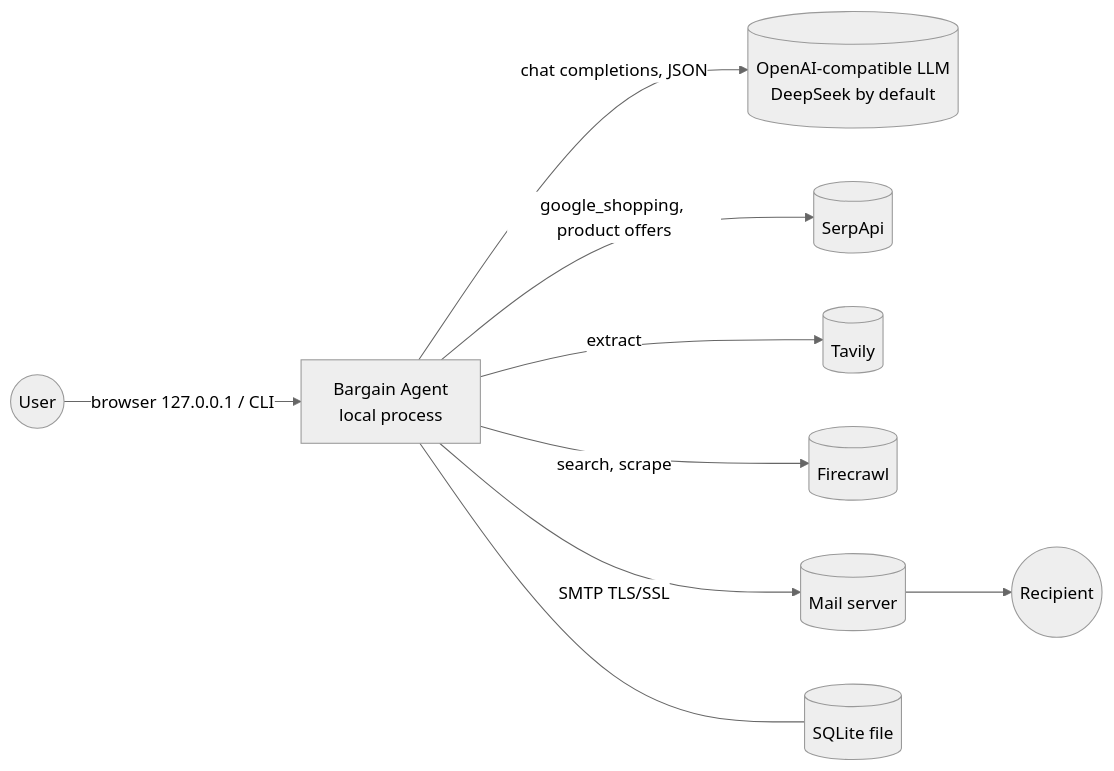
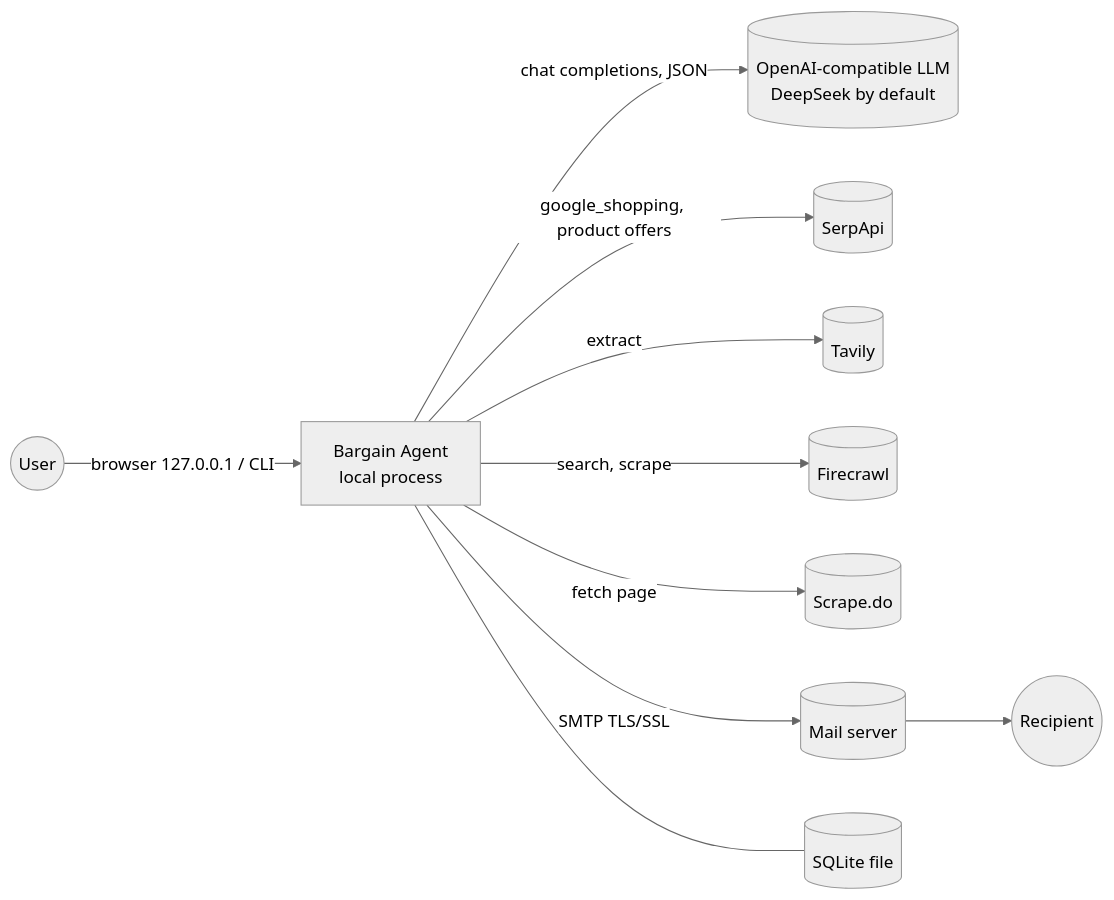
Before and after one commit to zhangfw0516-oss/bargain-agent: the diagram in docs/SYSTEM_CONTEXT.md, drawn with Mermaid (neutral theme). The commit also changed other lines of this file and 12 other files, not shown here.

First line of the commit message:
feat: Scrape.do page extractor; record live verification results

````diff
--- a/docs/SYSTEM_CONTEXT.md
+++ b/docs/SYSTEM_CONTEXT.md
@@ -3,10 +3,11 @@
 ```mermaid
 flowchart LR
     User((User)) -->|browser 127.0.0.1 / CLI| App[Bargain Agent<br/>local process]
     App -->|chat completions, JSON| LLM[(OpenAI-compatible LLM<br/>DeepSeek by default)]
     App -->|google_shopping, product offers| Serp[(SerpApi)]
     App -->|extract| Tavily[(Tavily)]
     App -->|search, scrape| Fire[(Firecrawl)]
+    App -->|fetch page| ScrapeDo[(Scrape.do)]
     App -->|SMTP TLS/SSL| Mail[(Mail server)] --> Inbox((Recipient))
     App --- DB[(SQLite file)]
 ```
````
